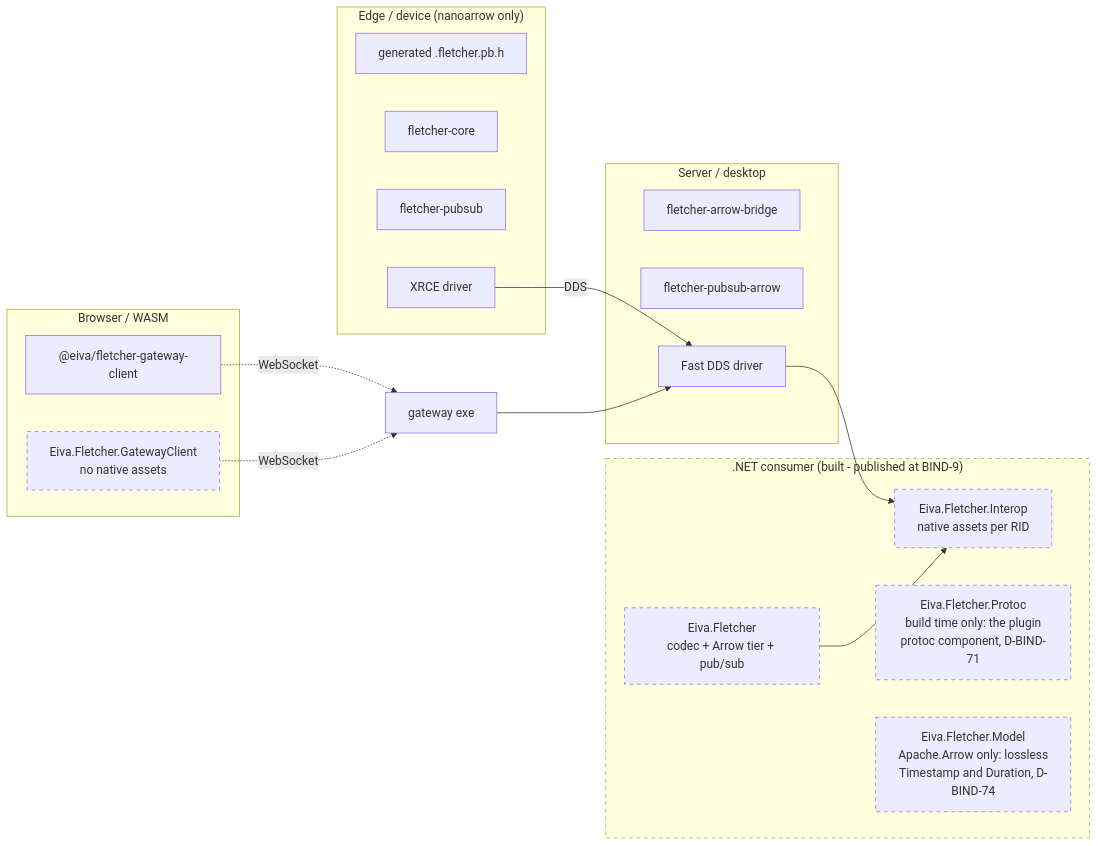
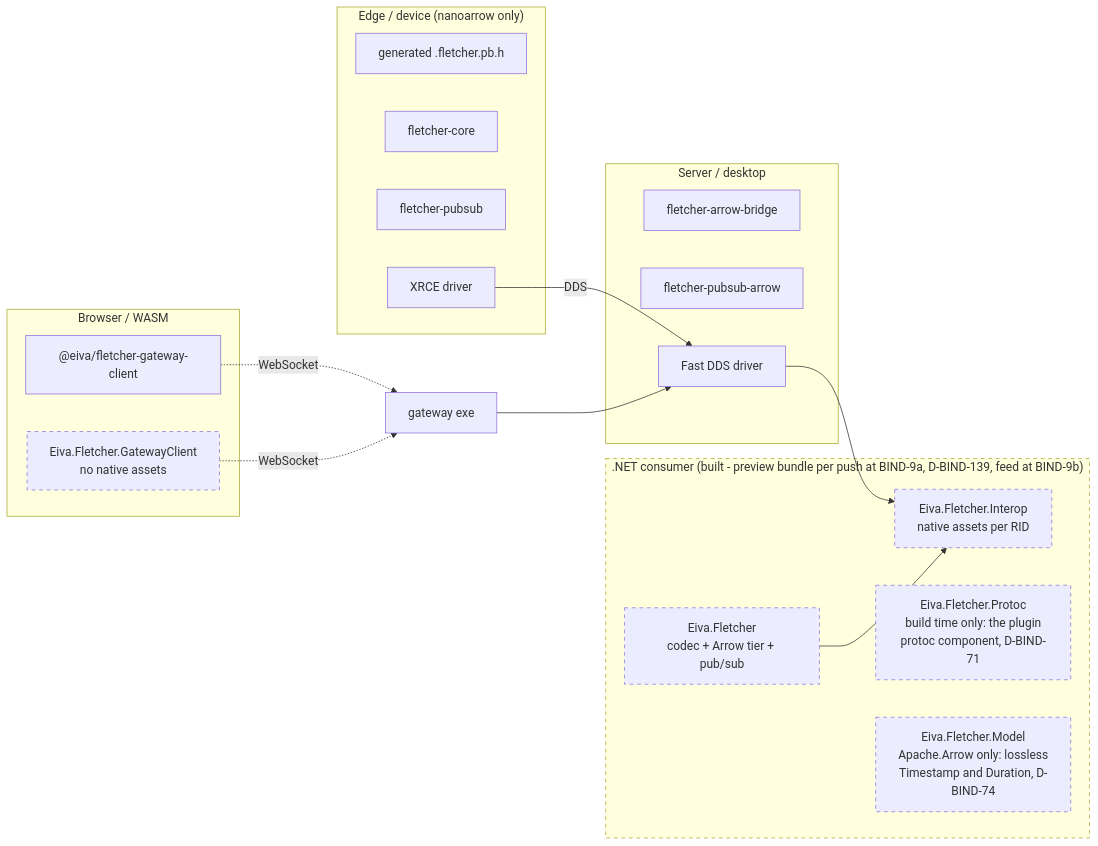
One commit to eivacom/Fletcher changed the ninth of 12 diagrams in plans/BIND-architecture-diagrams.md. Above: the diagram before and after it, drawn with Mermaid. The commit also changed other lines of this file and 3 other files, not shown here.

````diff
--- a/plans/BIND-architecture-diagrams.md
+++ b/plans/BIND-architecture-diagrams.md
@@ -616,34 +616,34 @@
 ```mermaid
 flowchart LR
     subgraph edge["Edge / device (nanoarrow only)"]
         E1["generated .fletcher.pb.h"]
         E2["fletcher-core"]
         E3["fletcher-pubsub"]
         E4["XRCE driver"]
     end
     subgraph server["Server / desktop"]
         S1["fletcher-arrow-bridge"]
         S2["fletcher-pubsub-arrow"]
         S3["Fast DDS driver"]
     end
-    subgraph dotnet[".NET consumer (built - published at BIND-9)"]
+    subgraph dotnet[".NET consumer (built - preview bundle per push at BIND-9a, D-BIND-139, feed at BIND-9b)"]
         D1["Eiva.Fletcher<br/>codec + Arrow tier + pub/sub"]
         D2["Eiva.Fletcher.Interop<br/>native assets per RID"]
         D3["Eiva.Fletcher.Protoc<br/>build time only: the plugin<br/>protoc component, D-BIND-71"]
         D4["Eiva.Fletcher.Model<br/>Apache.Arrow only: lossless<br/>Timestamp and Duration, D-BIND-74"]
     end
     subgraph browser["Browser / WASM"]
         B1["@eiva/fletcher-gateway-client"]
         B2["Eiva.Fletcher.GatewayClient<br/>no native assets"]
     end
 
     E4 -->|DDS| S3
     S3 --> D2
     D1 --> D2
     B1 -.->|WebSocket| GW["gateway exe"]
     B2 -.->|WebSocket| GW
     GW --> S3
 
     classDef planned stroke-dasharray: 5 5
     class dotnet,D1,D2,D3,D4,B2 planned
 ```
````
